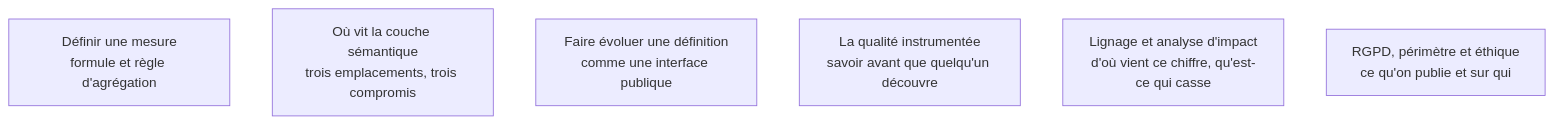
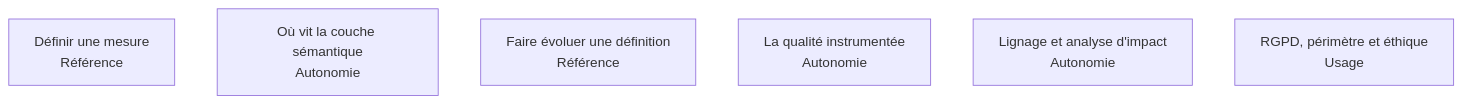
One commit to floSa/Atlas-Metiers-Roadmaps changed the diagram in content/parcours/bi-analyst/semantique-et-gouvernance/index.md. Above: the diagram before and after it, drawn with Mermaid. The commit also changed 20 other files, not shown here.

````diff
--- a/content/parcours/bi-analyst/semantique-et-gouvernance/index.md
+++ b/content/parcours/bi-analyst/semantique-et-gouvernance/index.md
@@ -11,16 +11,16 @@
 ```mermaid
 flowchart TD
-  D["Définir une mesure<br/>formule et règle d'agrégation"]
-  O["Où vit la couche sémantique<br/>trois emplacements, trois compromis"]
-  E["Faire évoluer une définition<br/>comme une interface publique"]
-  Q["La qualité instrumentée<br/>savoir avant que quelqu'un découvre"]
-  L["Lignage et analyse d'impact<br/>d'où vient ce chiffre, qu'est-ce qui casse"]
-  R["RGPD, périmètre et éthique<br/>ce qu'on publie et sur qui"]
+  D["Définir une mesure<br/>Référence"]
+  O["Où vit la couche sémantique<br/>Autonomie"]
+  E["Faire évoluer une définition<br/>Référence"]
+  Q["La qualité instrumentée<br/>Autonomie"]
+  L["Lignage et analyse d'impact<br/>Autonomie"]
+  R["RGPD, périmètre et éthique<br/>Usage"]
 
   click D "/parcours/bi-analyst/semantique-et-gouvernance/definir-une-mesure"
   click O "/parcours/bi-analyst/semantique-et-gouvernance/ou-vit-la-couche-semantique"
   click E "/parcours/bi-analyst/semantique-et-gouvernance/faire-evoluer-une-definition"
   click Q "/parcours/bi-analyst/semantique-et-gouvernance/la-qualite-instrumentee"
   click L "/parcours/bi-analyst/semantique-et-gouvernance/lignage-et-analyse-d-impact"
   click R "/parcours/bi-analyst/semantique-et-gouvernance/rgpd-perimetre-et-ethique"
 ```
````
